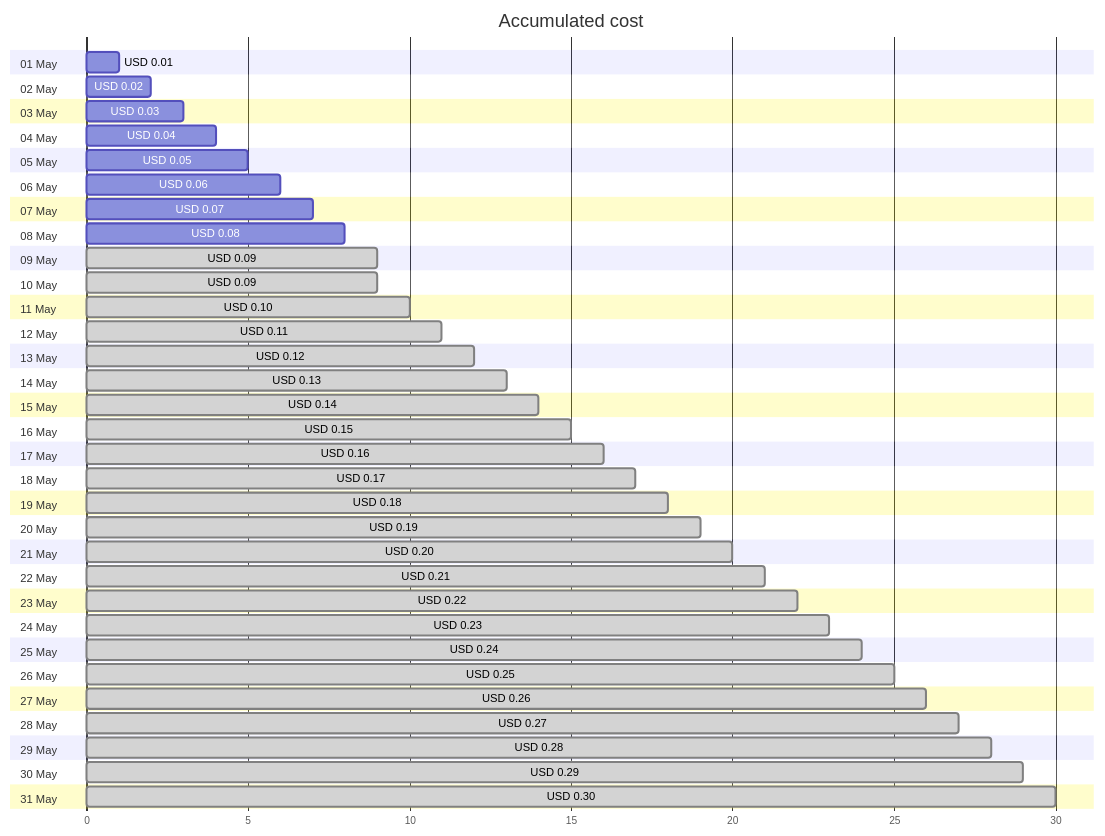
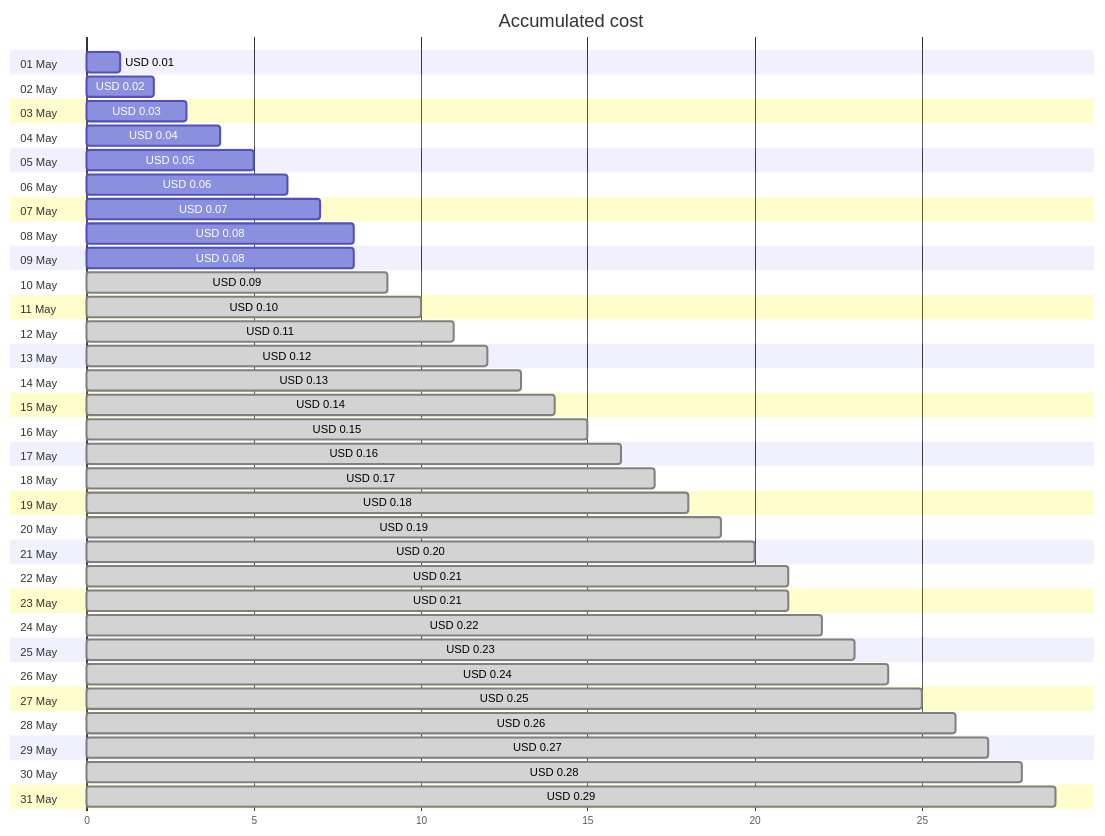
Before and after one commit to jpfulton/azure-personal-reports: the first of 4 diagrams in cost-reports/cloud-shell-storage-eastus/README.md, drawn with Mermaid. The commit also changed other lines of this file and 1 other file, not shown here.

````diff
--- a/cost-reports/cloud-shell-storage-eastus/README.md
+++ b/cost-reports/cloud-shell-storage-eastus/README.md
@@ -20,68 +20,68 @@
 ```mermaid
 gantt
    title Accumulated cost
    dateFormat  X
    axisFormat %s
    section 01 May
    USD 0.01 :0, 1
    section 02 May
    USD 0.02 :0, 2
    section 03 May
    USD 0.03 :0, 3
    section 04 May
    USD 0.04 :0, 4
    section 05 May
    USD 0.05 :0, 5
    section 06 May
    USD 0.06 :0, 6
    section 07 May
    USD 0.07 :0, 7
    section 08 May
    USD 0.08 :0, 8
    section 09 May
-   USD 0.09 : done, 0, 9
+   USD 0.08 :0, 8
    section 10 May
    USD 0.09 : done, 0, 9
    section 11 May
    USD 0.10 : done, 0, 10
    section 12 May
    USD 0.11 : done, 0, 11
    section 13 May
    USD 0.12 : done, 0, 12
    section 14 May
    USD 0.13 : done, 0, 13
    section 15 May
    USD 0.14 : done, 0, 14
    section 16 May
    USD 0.15 : done, 0, 15
    section 17 May
    USD 0.16 : done, 0, 16
    section 18 May
    USD 0.17 : done, 0, 17
    section 19 May
    USD 0.18 : done, 0, 18
    section 20 May
    USD 0.19 : done, 0, 19
    section 21 May
    USD 0.20 : done, 0, 20
    section 22 May
    USD 0.21 : done, 0, 21
    section 23 May
+   USD 0.21 : done, 0, 21
+   section 24 May
    USD 0.22 : done, 0, 22
-   section 24 May
+   section 25 May
    USD 0.23 : done, 0, 23
-   section 25 May
+   section 26 May
    USD 0.24 : done, 0, 24
-   section 26 May
+   section 27 May
    USD 0.25 : done, 0, 25
-   section 27 May
+   section 28 May
    USD 0.26 : done, 0, 26
-   section 28 May
+   section 29 May
    USD 0.27 : done, 0, 27
-   section 29 May
+   section 30 May
    USD 0.28 : done, 0, 28
-   section 30 May
+   section 31 May
    USD 0.29 : done, 0, 29
-   section 31 May
-   USD 0.30 : done, 0, 30
 ```
````
